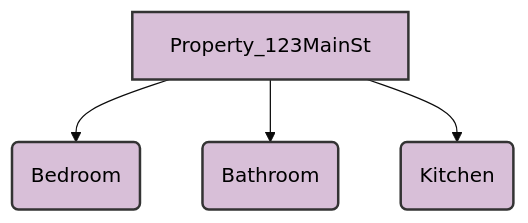
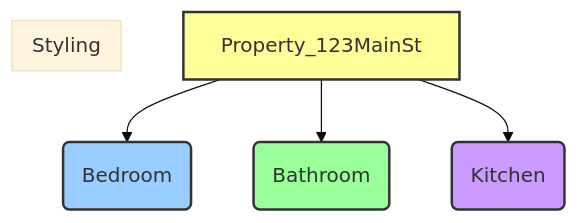
One commit to ikko/sym changed the fifth of 5 diagrams in docs/3_advanced_tutorial.md. Above: the diagram before and after it, drawn with Mermaid (base theme). The commit also changed other lines of this file and 6 other files, not shown here.

````diff
--- a/docs/3_advanced_tutorial.md
+++ b/docs/3_advanced_tutorial.md
@@ -204,11 +212,13 @@
 ```mermaid
 graph TD
     P[Property_123MainSt] --> B(Bedroom)
     P --> Ba(Bathroom)
     P --> K(Kitchen)
 
-    style P fill:#D8BFD8,stroke:#333,stroke-width:2px,color:#000000
-    style B fill:#D8BFD8,stroke:#333,stroke-width:2px,color:#000000
-    style Ba fill:#D8BFD8,stroke:#333,stroke-width:2px,color:#000000
-    style K fill:#D8BFD8,stroke:#333,stroke-width:2px,color:#000000
+    subgraph "Styling"
+        style P fill:#ff9,stroke:#333,stroke-width:2px
+        style B fill:#9cf,stroke:#333,stroke-width:2px
+        style Ba fill:#9f9,stroke:#333,stroke-width:2px
+        style K fill:#c9f,stroke:#333,stroke-width:2px
+    end
 ```
````
